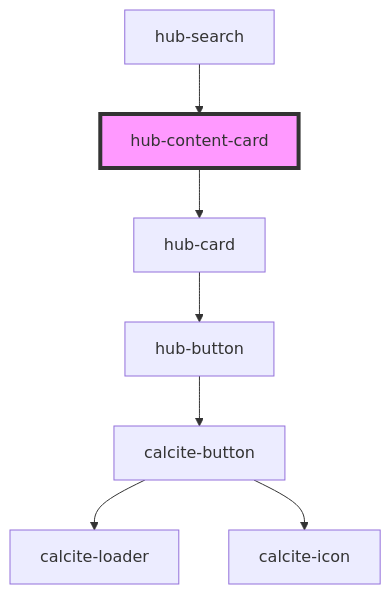
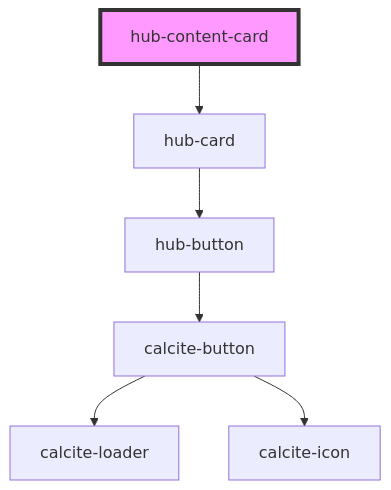
The diagram in src/components/hub-content-card/readme.md (esridc/hub-components-experiments), drawn with Mermaid before and after one commit. The commit also changed other lines of this file and 10 other files, not shown here.

````diff
--- a/src/components/hub-content-card/readme.md
+++ b/src/components/hub-content-card/readme.md
@@ -29,10 +25,9 @@
 ```mermaid
 graph TD;
   hub-content-card --> hub-card
   hub-card --> hub-button
   hub-button --> calcite-button
   calcite-button --> calcite-loader
   calcite-button --> calcite-icon
-  hub-search --> hub-content-card
   style hub-content-card fill:#f9f,stroke:#333,stroke-width:4px
 ```
````
